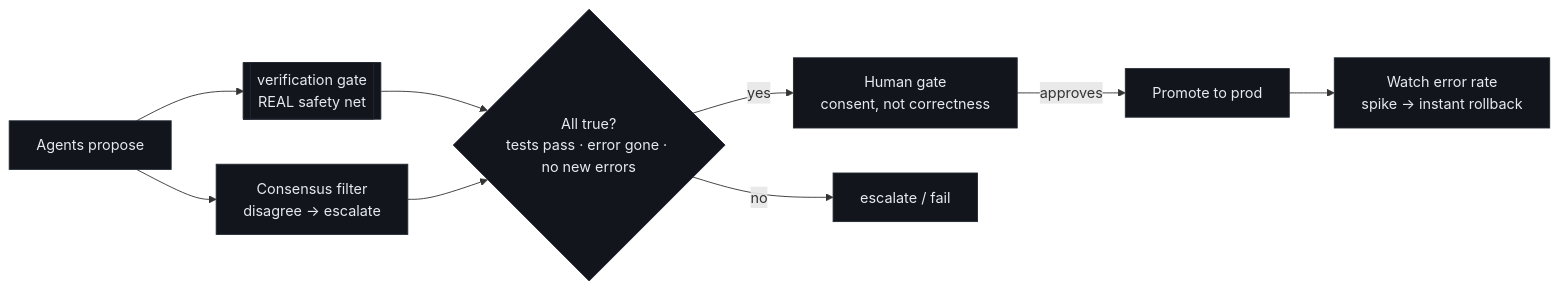
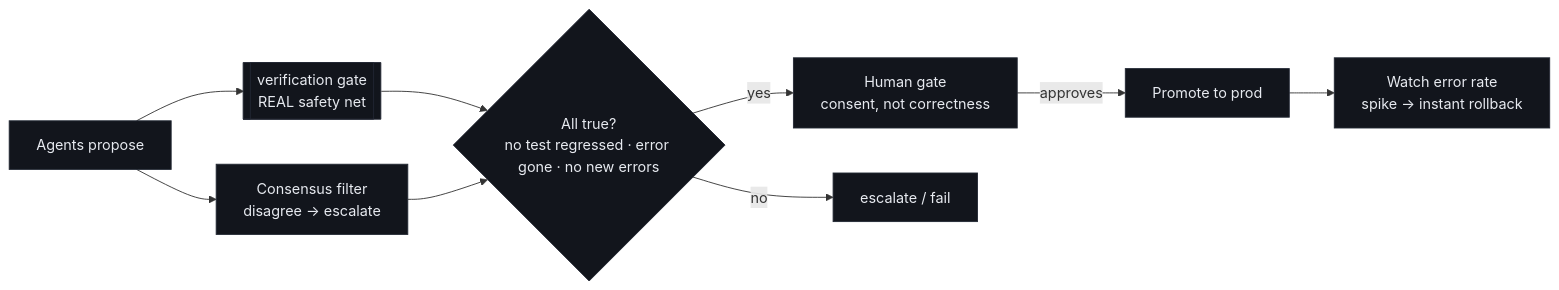
The third of 3 diagrams in docs/product/architecture.md (BlinkZ404/Warden-Web), drawn with Mermaid before and after one commit. The commit also changed other lines of this file and 34 other files, not shown here.

````diff
--- a/docs/product/architecture.md
+++ b/docs/product/architecture.md
@@ -89,14 +98,14 @@
 ```mermaid
 flowchart LR
  A[Agents propose] --> B[[verification gate<br/>REAL safety net]]
  A --> C[Consensus filter<br/>disagree → escalate]
- B --> D{All true?<br/>tests pass · error gone · no new errors}
+ B --> D{All true?<br/>no test regressed · error gone · no new errors}
  C --> D
  D -->|yes| E[Human gate<br/>consent, not correctness]
  D -->|no| F[escalate / fail]
  E -->|approves| G[Promote to prod]
  G --> H[Watch error rate<br/>spike → instant rollback]
 
  classDef x fill:#12151c,stroke:#232834,color:#e7eaf0;
  class A,B,C,D,E,F,G,H x;
 ```
````
